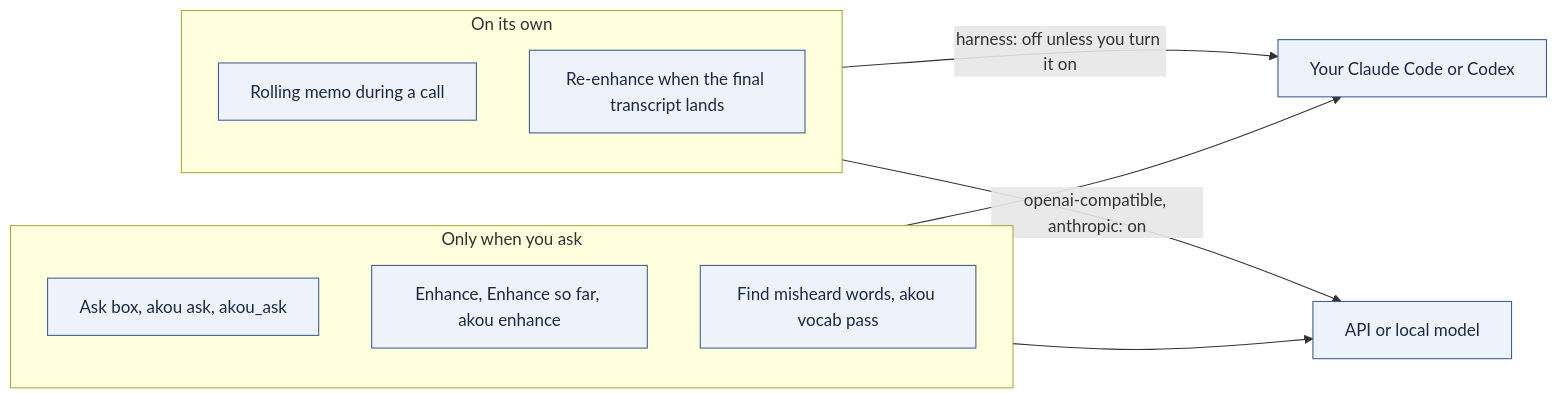
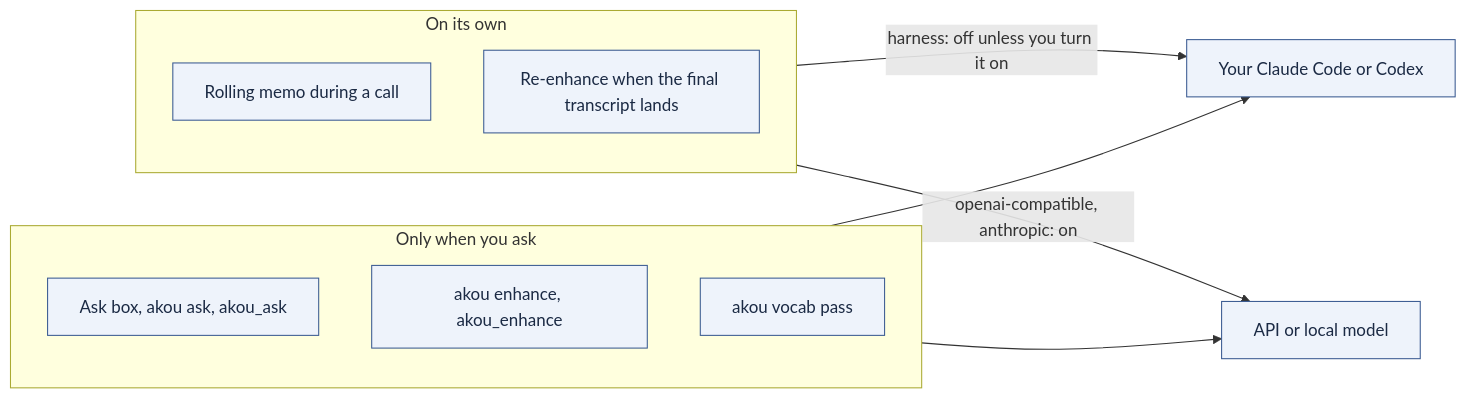
One commit to GeiserX/akou changed the diagram in docs/providers.md. Above: the diagram before and after it, drawn with Mermaid. The commit also changed other lines of this file and 12 other files, not shown here.

First line of the commit message:
feat(window): hide Enhance and Find misheard words, so the notes pane is just your notes (#185)

````diff
--- a/docs/providers.md
+++ b/docs/providers.md
@@ -18,18 +18,18 @@
 ```mermaid
 flowchart LR
   subgraph asked["Only when you ask"]
     A["Ask box, akou ask, akou_ask"]
-    E["Enhance, Enhance so far, akou enhance"]
-    V["Find misheard words, akou vocab pass"]
+    E["akou enhance, akou_enhance"]
+    V["akou vocab pass"]
   end
   subgraph own["On its own"]
     M["Rolling memo during a call"]
     R["Re-enhance when the final transcript lands"]
   end
   own -->|"harness: off unless you turn it on"| H["Your Claude Code or Codex"]
   own -->|"openai-compatible, anthropic: on"| P["API or local model"]
   asked --> H
   asked --> P
   classDef box fill:#eef3fb,stroke:#3b5b92,color:#1b2a44
   class A,E,V,M,R,H,P box
 ```
````
